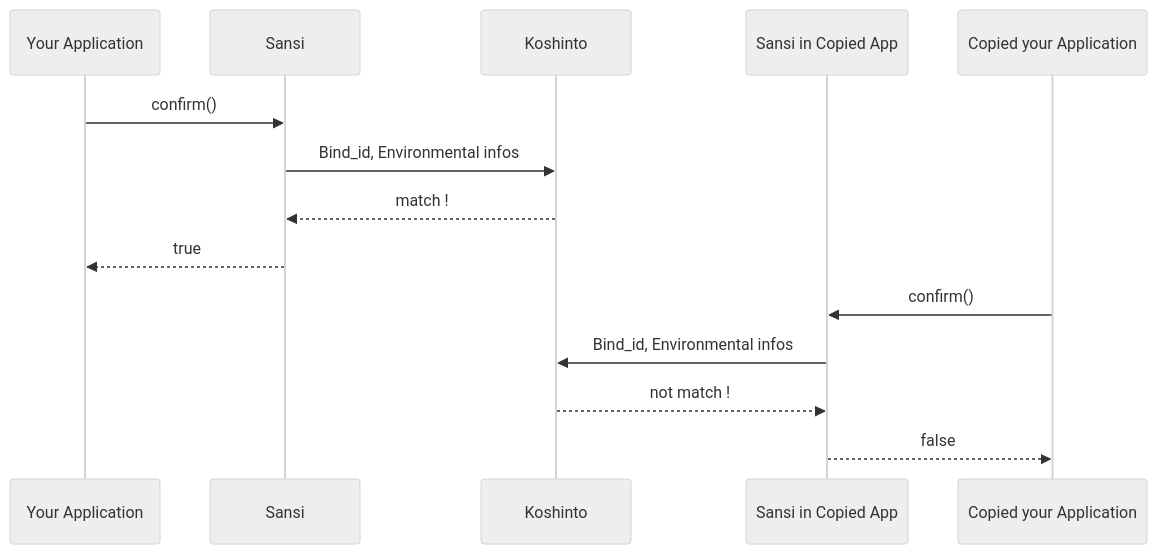
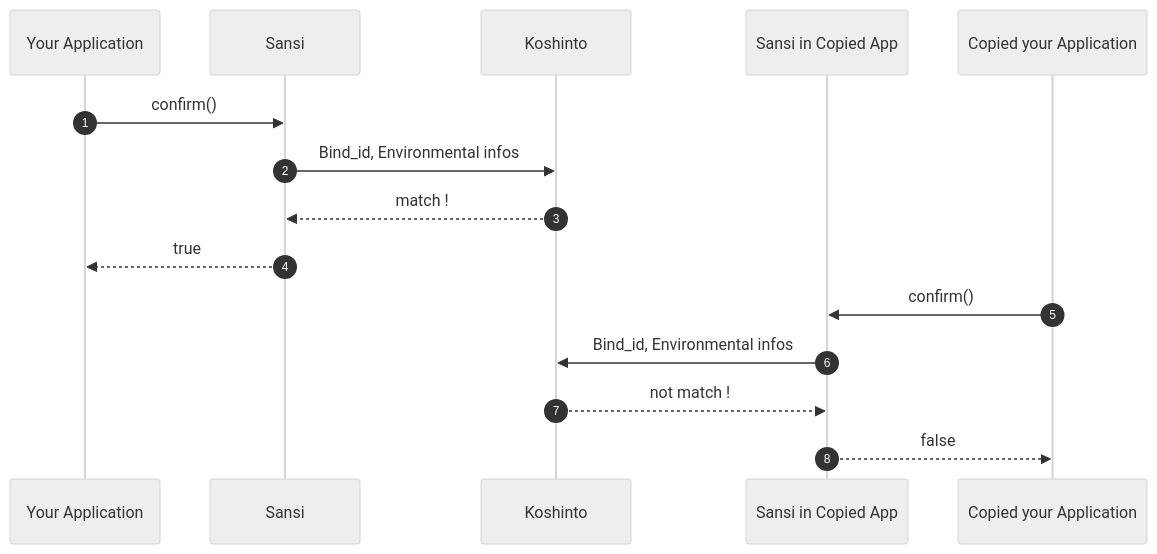
Before and after one commit to UedaTakeyuki/sansi_examples: the diagram in README.md, drawn with Mermaid (neutral theme).

````diff
--- a/README.md
+++ b/README.md
@@ -10,18 +10,19 @@
 ```mermaid
 sequenceDiagram;
+autonumber
 participant Your Application
 participant Sansi
 participant Koshinto
 participant Sansi in Copied App
 participant Copied your Application
 
 Your Application->>Sansi: confirm()
 Sansi->>Koshinto: Bind_id, Environmental infos
 Koshinto-->>Sansi: match !
 Sansi-->>Your Application: true
 
 Copied your Application->>Sansi in Copied App: confirm()
 Sansi in Copied App->>Koshinto: Bind_id, Environmental infos
 Koshinto-->>Sansi in Copied App: not match !
 Sansi in Copied App-->>Copied your Application: false
 ```
````
